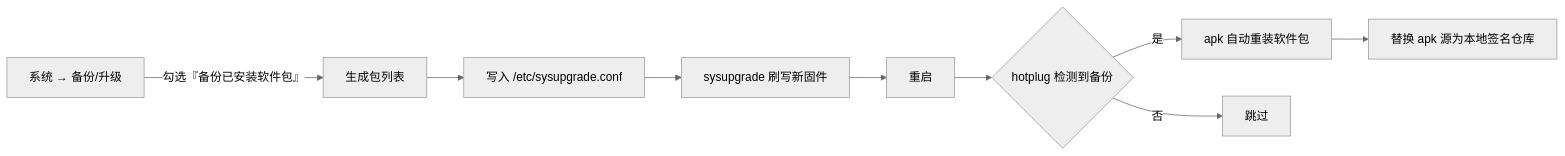
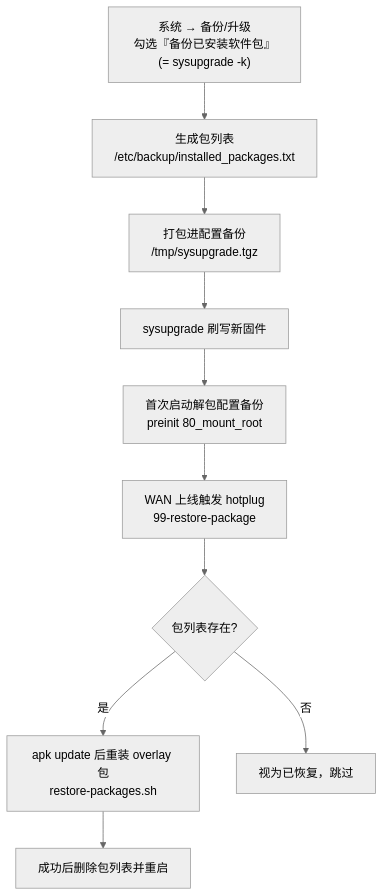
The second of 3 diagrams in README.md (Shuery-Shuai/ImmortalWrt-BPI-R4-Firmware), drawn with Mermaid (neutral theme) before and after one commit.

Commit message:
📃 docs(readme): 修正固件更新流程图，按源码对齐 -k 与恢复链路
原图有三处与实现不符：

- 把 -k 的作用写成「写入 /etc/sysupgrade.conf」。实际 sysupgrade -k 生成
  /etc/backup/installed_packages.txt（INSTALLED_PACKAGES），再打包进配置备份
  tar（/tmp/sysupgrade.tgz），并非写 sysupgrade.conf。
- 末步「替换 apk 源为本地签名仓库」实为 replace-apk-source.sh 在 WAN 上线后
  切换上游官方源与镜像，与本地签名仓库无关（后者由 customfeeds.list 固定）。
- 判断框被画成「hotplug 检测到备份」：99-restore-package 只等 WAN 就绪，
  判断包列表是否存在的是 restore-packages.sh。

改为 TD 竖排以适配长链路，并补出 preinit 解包、apk update 后重装 overlay 包、
成功后删列表并重启这三个真实节点。已用 mermaid-cli 实际渲染核对。

````diff
--- a/README.md
+++ b/README.md
@@ -366,11 +366,12 @@
 ```mermaid
-flowchart LR
-    A[系统 → 备份/升级] -->|勾选『备份已安装软件包』| B[生成包列表]
-    B --> C[写入 /etc/sysupgrade.conf]
+flowchart TD
+    A["系统 → 备份/升级<br/>勾选『备份已安装软件包』(= sysupgrade -k)"] --> B["生成包列表<br/>/etc/backup/installed_packages.txt"]
+    B --> C["打包进配置备份<br/>/tmp/sysupgrade.tgz"]
     C --> D[sysupgrade 刷写新固件]
-    D --> E[重启]
-    E --> F{hotplug 检测到备份}
-    F -->|是| G[apk 自动重装软件包]
-    F -->|否| H[跳过]
-    G --> I[替换 apk 源为本地签名仓库]
+    D --> E["首次启动解包配置备份<br/>preinit 80_mount_root"]
+    E --> F["WAN 上线触发 hotplug<br/>99-restore-package"]
+    F --> G{"包列表存在?"}
+    G -->|是| H["apk update 后重装 overlay 包<br/>restore-packages.sh"]
+    G -->|否| I["视为已恢复，跳过"]
+    H --> J["成功后删除包列表并重启"]
 ```
````
